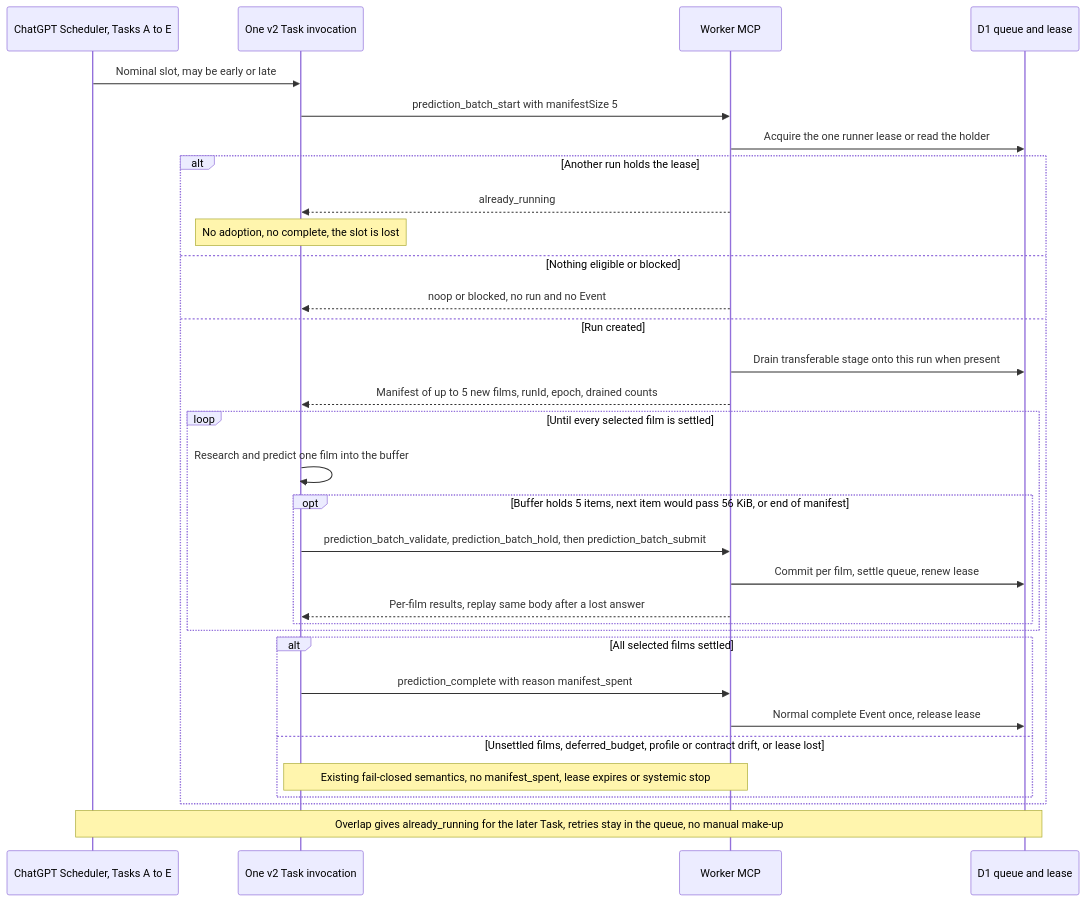
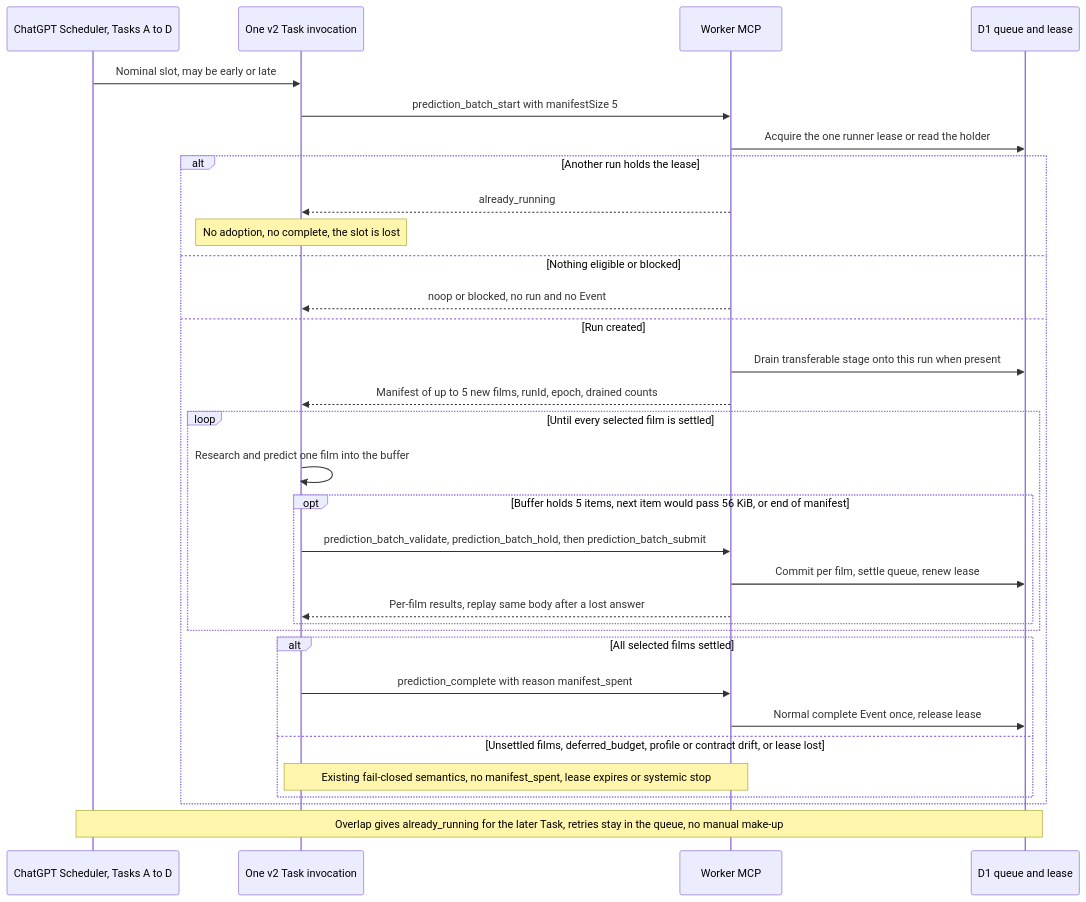
Before and after one commit to vladimino/iptv-watchlist: the second of 14 diagrams in docs/architecture/scheduling-and-orchestration.md, drawn with Mermaid. The commit also changed other lines of this file and 14 other files, not shown here.

````diff
--- a/docs/architecture/scheduling-and-orchestration.md
+++ b/docs/architecture/scheduling-and-orchestration.md
@@ -63,34 +63,34 @@
 ```mermaid
 sequenceDiagram
-    participant Sched as ChatGPT Scheduler, Tasks A to E
+    participant Sched as ChatGPT Scheduler, Tasks A to D
     participant Task as One v2 Task invocation
     participant MCP as Worker MCP
     participant D1 as D1 queue and lease
     Sched->>Task: Nominal slot, may be early or late
     Task->>MCP: prediction_batch_start with manifestSize 5
     MCP->>D1: Acquire the one runner lease or read the holder
     alt Another run holds the lease
         MCP-->>Task: already_running
         Note over Task: No adoption, no complete, the slot is lost
     else Nothing eligible or blocked
         MCP-->>Task: noop or blocked, no run and no Event
     else Run created
         MCP->>D1: Drain transferable stage onto this run when present
         MCP-->>Task: Manifest of up to 5 new films, runId, epoch, drained counts
         loop Until every selected film is settled
             Task->>Task: Research and predict one film into the buffer
             opt Buffer holds 5 items, next item would pass 56 KiB, or end of manifest
                 Task->>MCP: prediction_batch_validate, prediction_batch_hold, then prediction_batch_submit
                 MCP->>D1: Commit per film, settle queue, renew lease
                 MCP-->>Task: Per-film results, replay same body after a lost answer
             end
         end
         alt All selected films settled
             Task->>MCP: prediction_complete with reason manifest_spent
             MCP->>D1: Normal complete Event once, release lease
         else Unsettled films, deferred_budget, profile or contract drift, or lease lost
             Note over Task,MCP: Existing fail-closed semantics, no manifest_spent, lease expires or systemic stop
         end
     end
     Note over Sched,D1: Overlap gives already_running for the later Task, retries stay in the queue, no manual make-up
 ```
````
